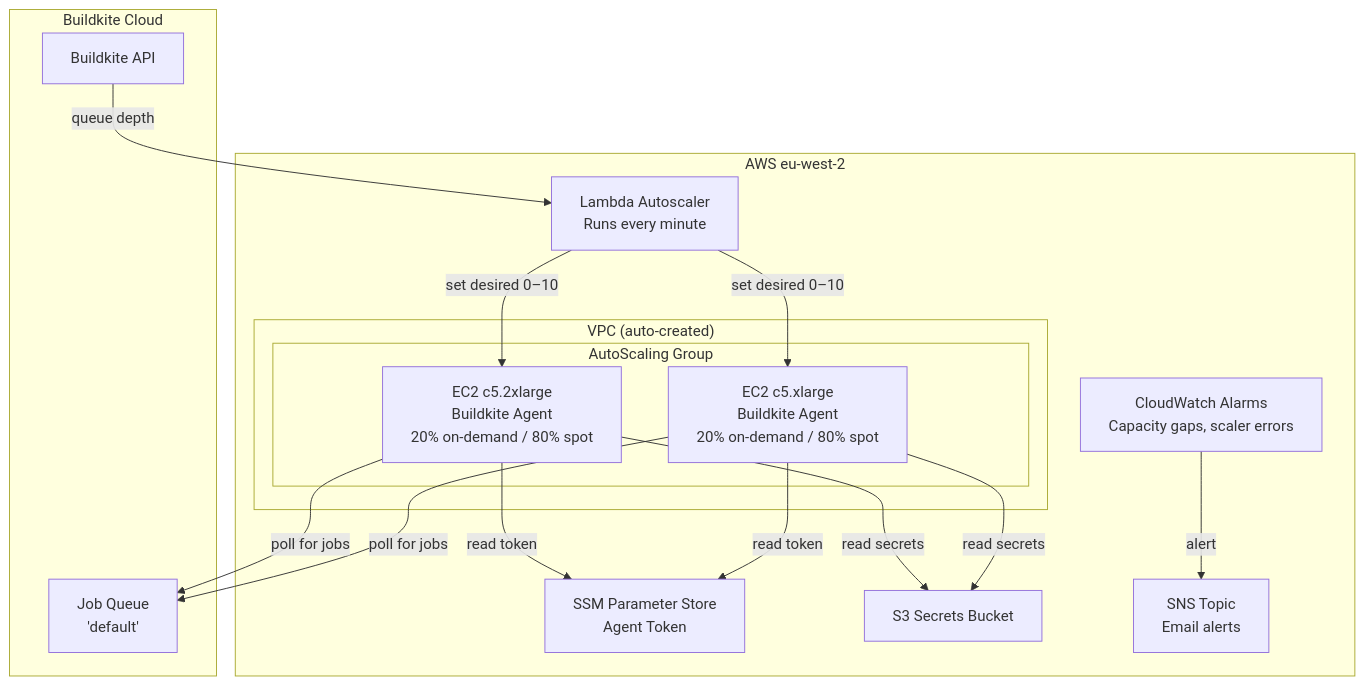
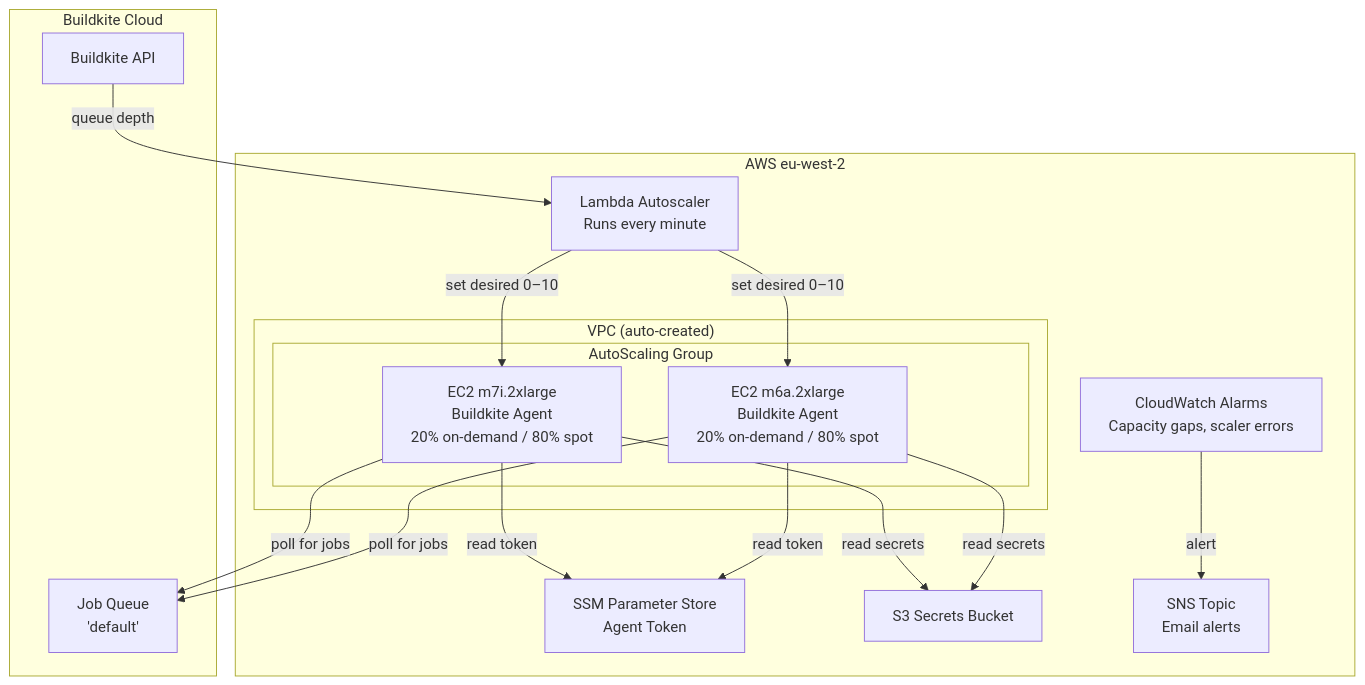
Before and after one commit to inspire12/mockserver: the first of 3 diagrams in terraform/buildkite-agents/README.md, drawn with Mermaid. The commit also changed other lines of this file and 7 other files, not shown here.

````diff
--- a/terraform/buildkite-agents/README.md
+++ b/terraform/buildkite-agents/README.md
@@ -7,29 +7,29 @@
 ```mermaid
 flowchart TB
     subgraph "Buildkite Cloud"
         BK_API[Buildkite API]
         BK_QUEUE[Job Queue<br/>'default']
     end
 
     subgraph "AWS eu-west-2"
         subgraph "VPC (auto-created)"
             subgraph "AutoScaling Group"
-                EC2_1[EC2 c5.2xlarge<br/>Buildkite Agent<br/>20% on-demand / 80% spot]
-                EC2_2[EC2 c5.xlarge<br/>Buildkite Agent<br/>20% on-demand / 80% spot]
+                EC2_1[EC2 m7i.2xlarge<br/>Buildkite Agent<br/>20% on-demand / 80% spot]
+                EC2_2[EC2 m6a.2xlarge<br/>Buildkite Agent<br/>20% on-demand / 80% spot]
             end
         end
         SCALER[Lambda Autoscaler<br/>Runs every minute]
         SSM[SSM Parameter Store<br/>Agent Token]
         S3_SECRETS[S3 Secrets Bucket]
         CW_ALARMS[CloudWatch Alarms<br/>Capacity gaps, scaler errors]
         SNS[SNS Topic<br/>Email alerts]
     end
     
     CW_ALARMS -->|alert| SNS
 
     BK_API -->|queue depth| SCALER
     SCALER -->|set desired 0–10| EC2_1 & EC2_2
     EC2_1 & EC2_2 -->|poll for jobs| BK_QUEUE
     EC2_1 & EC2_2 -->|read token| SSM
     EC2_1 & EC2_2 -->|read secrets| S3_SECRETS
 ```
````
